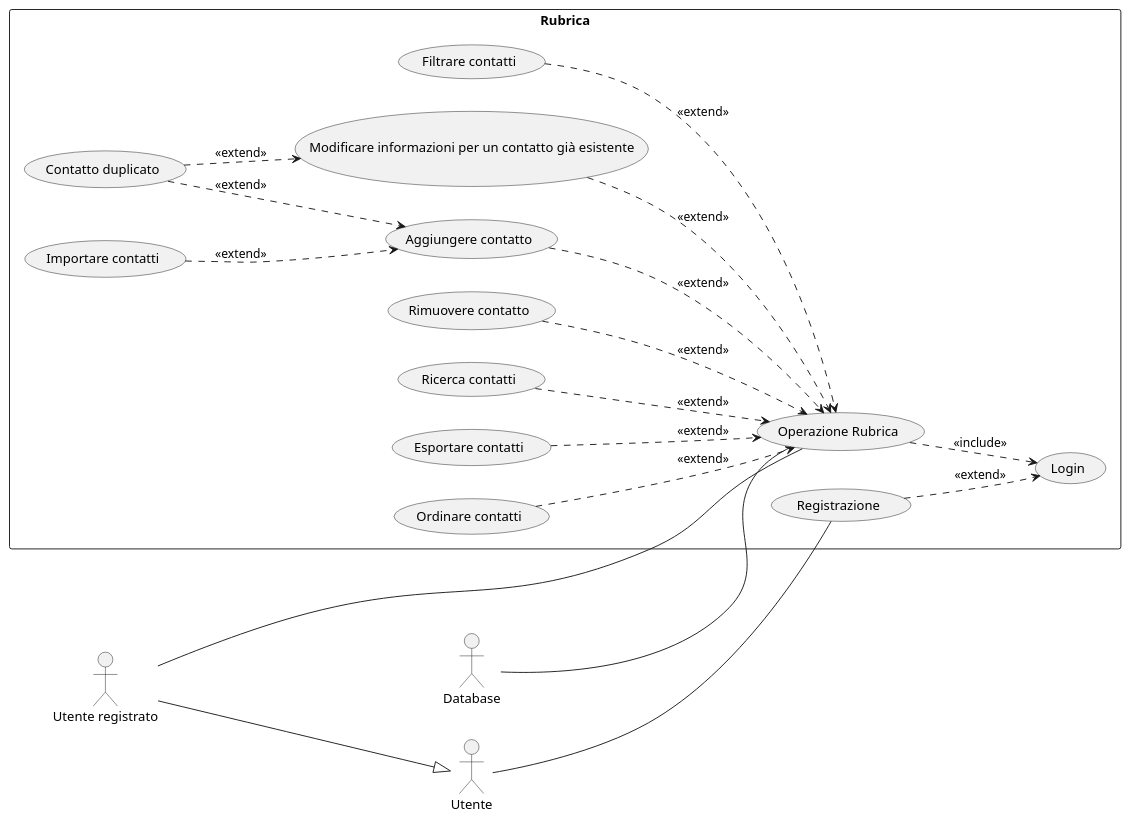
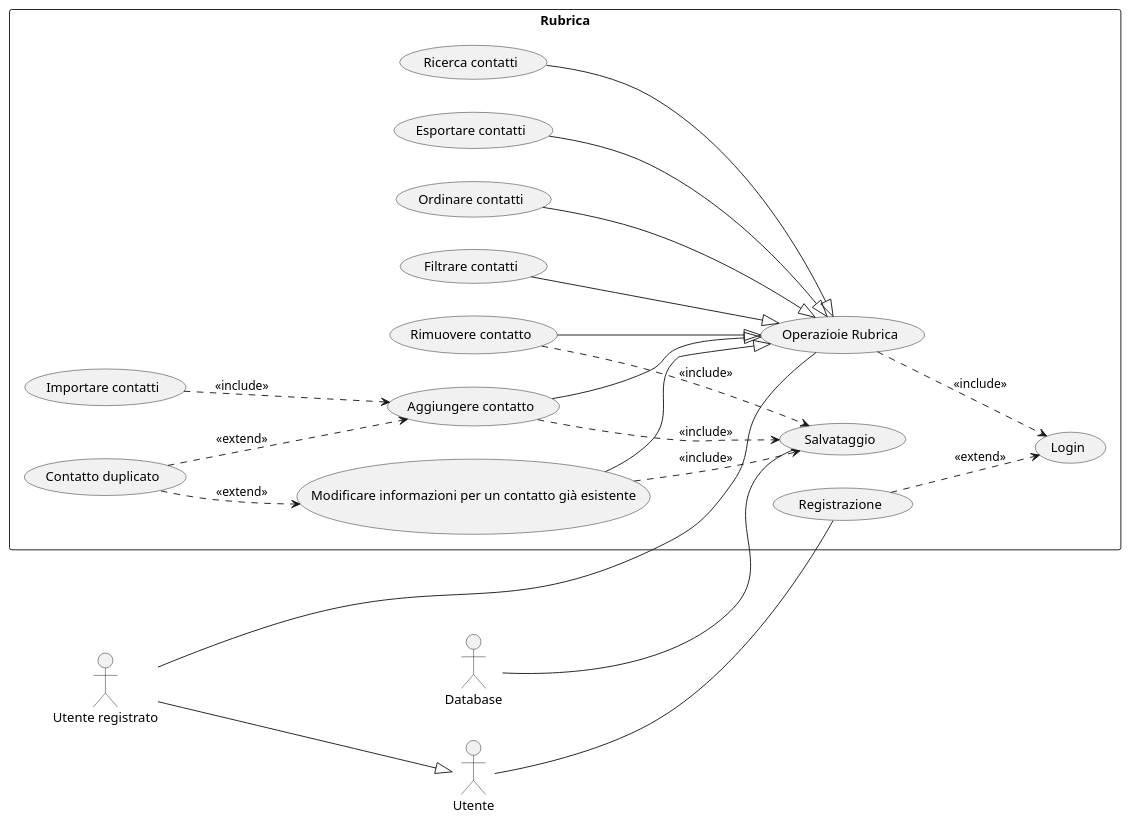
The diagram in src/main/java/com/mycompany/rubrica_progetto_ids/uml/diagrammaCasiUso.puml (CupoMeridio/Ingegneria-del-software-2024-2025), drawn with PlantUML before and after one commit.

Commit message:
Ho modificato il diagramma dei casi d'uso.

```diff
--- a/src/main/java/com/mycompany/rubrica_progetto_ids/uml/diagrammaCasiUso.puml
+++ b/src/main/java/com/mycompany/rubrica_progetto_ids/uml/diagrammaCasiUso.puml
@@ -1,47 +1,54 @@
 @startuml
 left to right direction
 actor Utente as u
 actor "Utente registrato" as ur
 actor "Database" as db
 rectangle Rubrica{
-    usecase "Operazione Rubrica" as vr
+    usecase "Operazioie Rubrica" as or
     usecase "Registrazione" as reg
     usecase "Login" as log
     usecase "Aggiungere contatto" as agg
     usecase "Rimuovere contatto" as rim
     usecase "Modificare informazioni per un contatto già esistente" as mod
     usecase "Ricerca contatti" as ric
     usecase "Importare contatti" as imp
     usecase "Esportare contatti" as esp
     usecase "Ordinare contatti" as ord
     usecase "Filtrare contatti" as fil
     usecase "Contatto duplicato" as cont
+    usecase "Salvataggio" as salva
 }
 
+
+
+ur--or
+
+db--salva
+
 u--reg
-
-ur--vr
-
-db--vr
-
 ur --|>u
 
 
 
 reg ..>log: <<extend>>
-vr ..>log: <<include>>
-agg ..>vr: <<extend>>
-rim ..>vr: <<extend>>
-mod ..>vr: <<extend>>
-ric ..>vr: <<extend>>
-imp ..>agg: <<extend>>
-esp ..>vr: <<extend>>
-fil ..>vr: <<extend>>
-ord ..>vr: <<extend>>
+or ..>log: <<include>>
+agg --|>or
+rim --|>or
+mod --|>or
+ric --|>or
+imp ..>agg: <<include>>
+esp --|>or
+fil --|>or
+ord --|>or
 cont ..>agg: <<extend>>
 cont ..>mod: <<extend>>
+agg ..>salva: <<include>>
+mod ..>salva: <<include>>
+
+rim ..>salva: <<include>>
+
 
 
 
 
 @enduml
```
